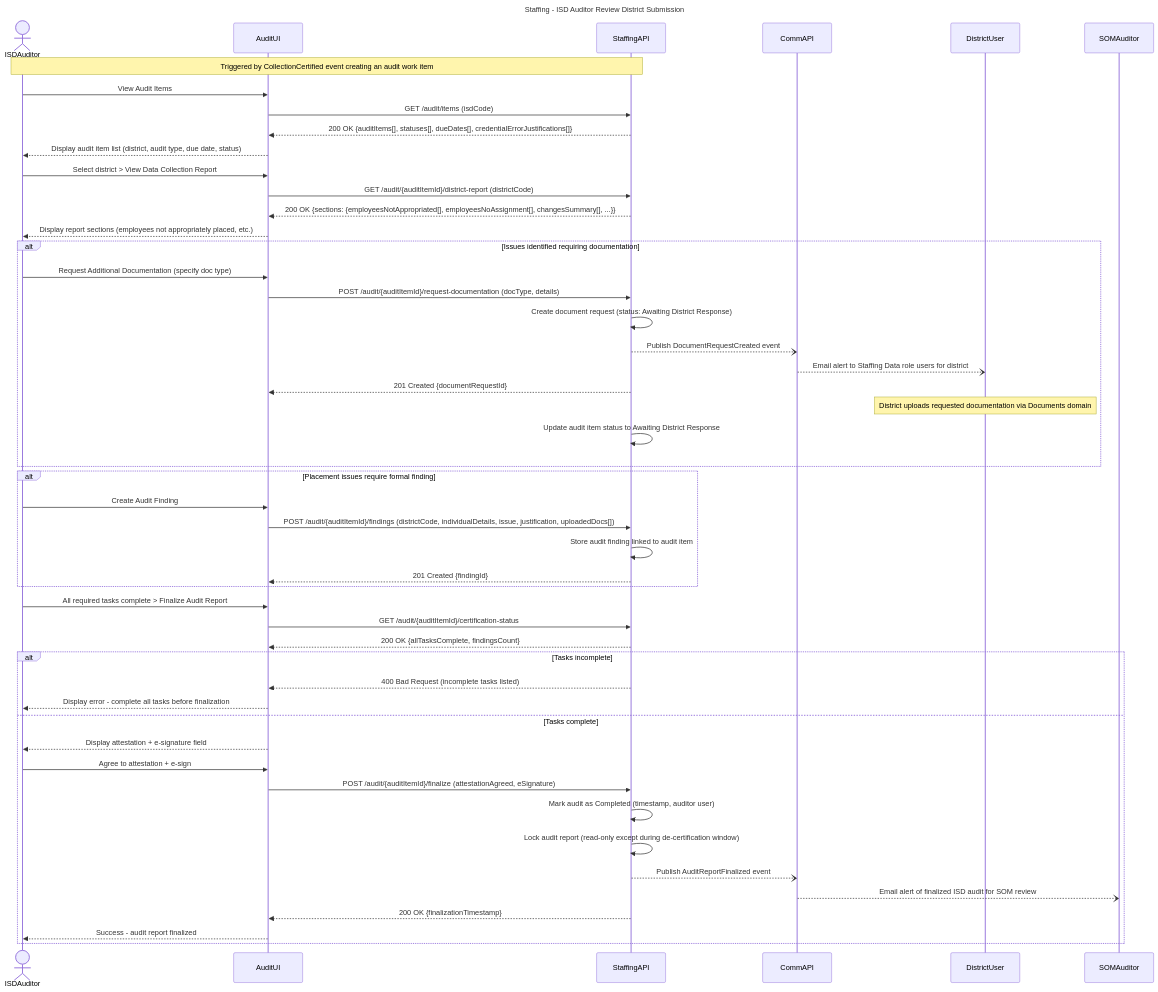
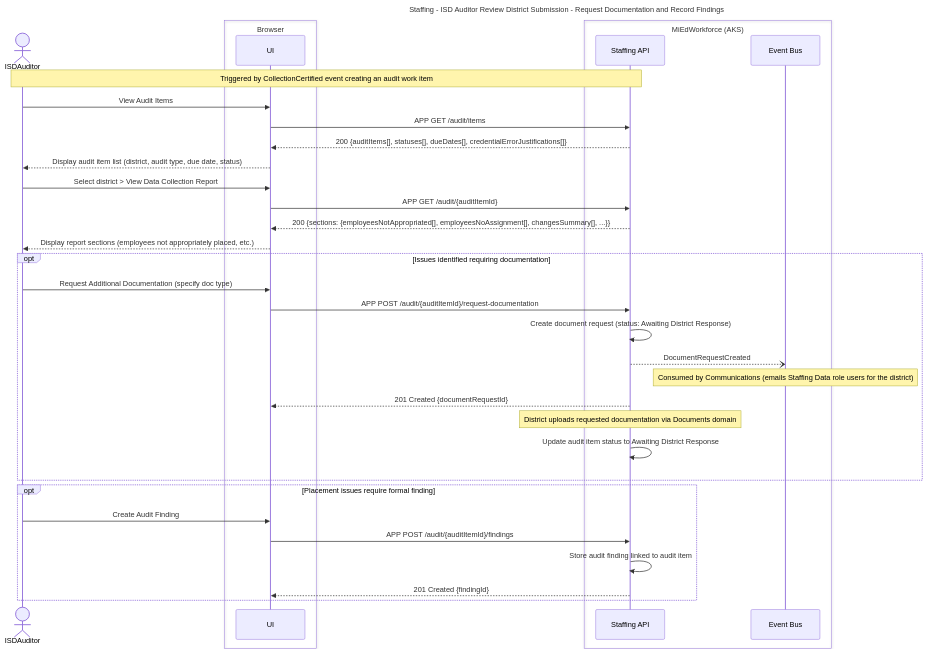
Before and after one commit to mnichols-dl/mied-design: the ninth of 14 diagrams in working-docs/solution-areas/staffing/staffing-sequences.md, drawn with Mermaid. The commit also changed other lines of this file and 34 other files, not shown here.

Commit message:
Update sequences and perform RTM assessment

````diff
--- a/working-docs/solution-areas/staffing/staffing-sequences.md
+++ b/working-docs/solution-areas/staffing/staffing-sequences.md
@@ -416,65 +517,47 @@
 ```mermaid
 ---
-title: Staffing - ISD Auditor Review District Submission
+title: Staffing - ISD Auditor Review District Submission - Request Documentation and Record Findings
 ---
 sequenceDiagram
     actor ISDAuditor
-    participant AuditUI
-    participant StaffingAPI
-    participant CommAPI
-    
-    Note over ISDAuditor,StaffingAPI: Triggered by CollectionCertified event creating an audit work item
-    
-    ISDAuditor->>AuditUI: View Audit Items
-    AuditUI->>StaffingAPI: GET /audit/items (isdCode)
-    StaffingAPI-->>AuditUI: 200 OK {auditItems[], statuses[], dueDates[], credentialErrorJustifications[]}
-    
-    AuditUI-->>ISDAuditor: Display audit item list (district, audit type, due date, status)
-    
-    ISDAuditor->>AuditUI: Select district > View Data Collection Report
-    AuditUI->>StaffingAPI: GET /audit/{auditItemId}/district-report (districtCode)
-    StaffingAPI-->>AuditUI: 200 OK {sections: {employeesNotAppropriated[], employeesNoAssignment[], changesSummary[], ...}}
-    
-    AuditUI-->>ISDAuditor: Display report sections (employees not appropriately placed, etc.)
-    
-    alt Issues identified requiring documentation
-        ISDAuditor->>AuditUI: Request Additional Documentation (specify doc type)
-        AuditUI->>StaffingAPI: POST /audit/{auditItemId}/request-documentation (docType, details)
-        StaffingAPI->>StaffingAPI: Create document request (status: Awaiting District Response)
-        StaffingAPI--)CommAPI: Publish DocumentRequestCreated event
-        CommAPI--)DistrictUser: Email alert to Staffing Data role users for district
-        StaffingAPI-->>AuditUI: 201 Created {documentRequestId}
-        
-        Note over DistrictUser: District uploads requested documentation via Documents domain
-        
-        StaffingAPI->>StaffingAPI: Update audit item status to Awaiting District Response
+    box Browser
+        participant UI as UI
     end
-    
-    alt Placement issues require formal finding
-        ISDAuditor->>AuditUI: Create Audit Finding
-        AuditUI->>StaffingAPI: POST /audit/{auditItemId}/findings (districtCode, individualDetails, issue, justification, uploadedDocs[])
-        StaffingAPI->>StaffingAPI: Store audit finding linked to audit item
-        StaffingAPI-->>AuditUI: 201 Created {findingId}
+    box MiEdWorkforce (AKS)
+        participant StaffingApi as Staffing API
+        participant EventBus as Event Bus
     end
-    
-    ISDAuditor->>AuditUI: All required tasks complete > Finalize Audit Report
-    AuditUI->>StaffingAPI: GET /audit/{auditItemId}/certification-status
-    StaffingAPI-->>AuditUI: 200 OK {allTasksComplete, findingsCount}
-    
-    alt Tasks incomplete
-        StaffingAPI-->>AuditUI: 400 Bad Request (incomplete tasks listed)
-        AuditUI-->>ISDAuditor: Display error - complete all tasks before finalization
-    else Tasks complete
-        AuditUI-->>ISDAuditor: Display attestation + e-signature field
-        ISDAuditor->>AuditUI: Agree to attestation + e-sign
-        AuditUI->>StaffingAPI: POST /audit/{auditItemId}/finalize (attestationAgreed, eSignature)
-        
-        StaffingAPI->>StaffingAPI: Mark audit as Completed (timestamp, auditor user)
-        StaffingAPI->>StaffingAPI: Lock audit report (read-only except during de-certification window)
-        StaffingAPI--)CommAPI: Publish AuditReportFinalized event
-        CommAPI--)SOMAuditor: Email alert of finalized ISD audit for SOM review
-        
-        StaffingAPI-->>AuditUI: 200 OK {finalizationTimestamp}
-        AuditUI-->>ISDAuditor: Success - audit report finalized
+
+    Note over ISDAuditor,StaffingApi: Triggered by CollectionCertified event creating an audit work item
+
+    ISDAuditor->>UI: View Audit Items
+    UI->>StaffingApi: APP GET /audit/items
+    StaffingApi-->>UI: 200 {auditItems[], statuses[], dueDates[], credentialErrorJustifications[]}
+
+    UI-->>ISDAuditor: Display audit item list (district, audit type, due date, status)
+
+    ISDAuditor->>UI: Select district > View Data Collection Report
+    UI->>StaffingApi: APP GET /audit/{auditItemId}
+    StaffingApi-->>UI: 200 {sections: {employeesNotAppropriated[], employeesNoAssignment[], changesSummary[], ...}}
+
+    UI-->>ISDAuditor: Display report sections (employees not appropriately placed, etc.)
+
+    opt Issues identified requiring documentation
+        ISDAuditor->>UI: Request Additional Documentation (specify doc type)
+        UI->>StaffingApi: APP POST /audit/{auditItemId}/request-documentation
+        StaffingApi->>StaffingApi: Create document request (status: Awaiting District Response)
+        StaffingApi--)EventBus: DocumentRequestCreated
+        Note over EventBus: Consumed by Communications (emails Staffing Data role users for the district)
+        StaffingApi-->>UI: 201 Created {documentRequestId}
+
+        Note over StaffingApi: District uploads requested documentation via Documents domain
+        StaffingApi->>StaffingApi: Update audit item status to Awaiting District Response
+    end
+
+    opt Placement issues require formal finding
+        ISDAuditor->>UI: Create Audit Finding
+        UI->>StaffingApi: APP POST /audit/{auditItemId}/findings
+        StaffingApi->>StaffingApi: Store audit finding linked to audit item
+        StaffingApi-->>UI: 201 Created {findingId}
     end
 ```
````
